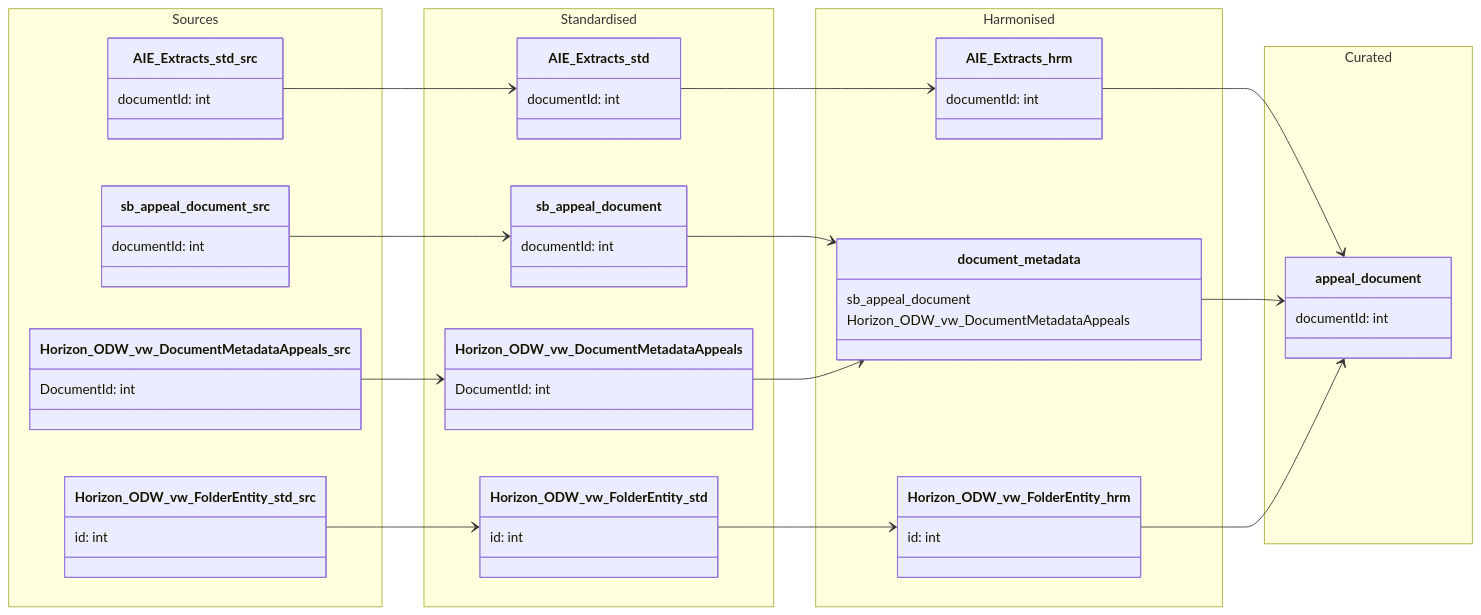
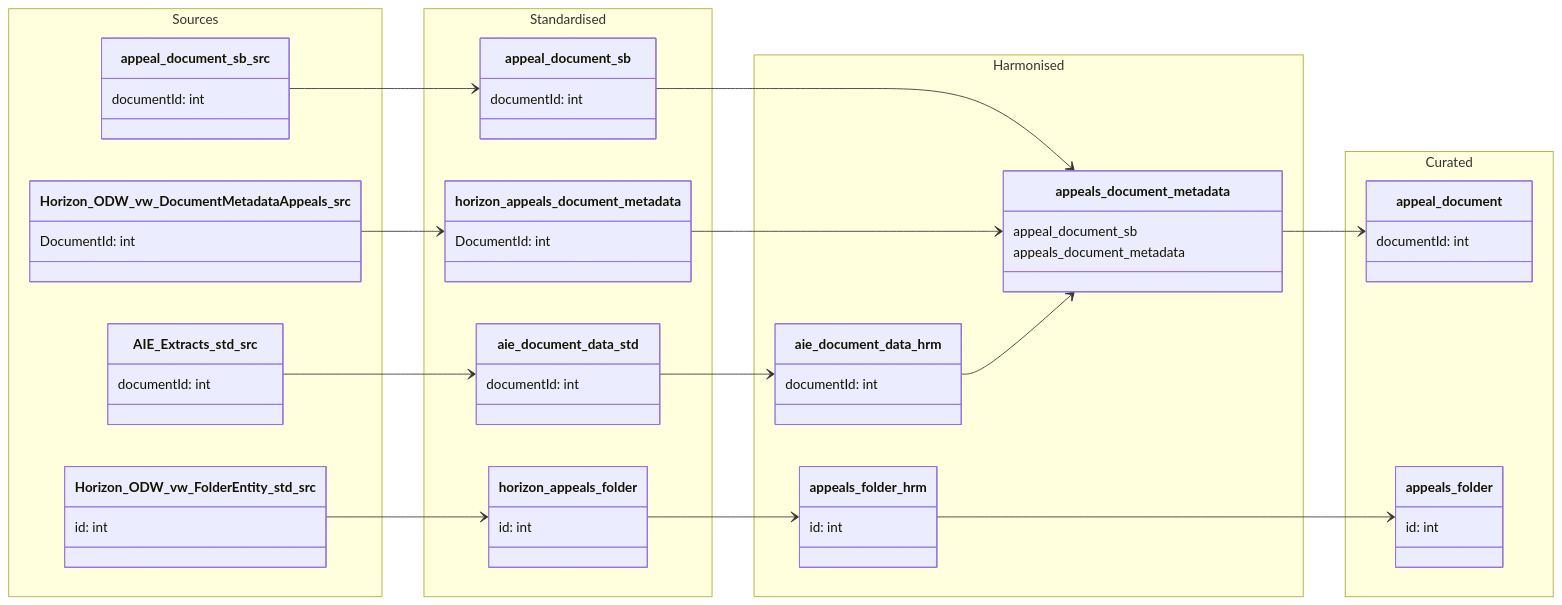
Before and after one commit to Planning-Inspectorate/odw-synapse-workspace: the diagram in data-models/appeal-document.md, drawn with Mermaid. The commit also changed 5 other files, not shown here.

````diff
--- a/data-models/appeal-document.md
+++ b/data-models/appeal-document.md
@@ -12,7 +12,7 @@
 
     namespace Sources {
 
-        class sb_appeal_document_src {
+        class appeal_document_sb_src {
             documentId: int
         }
 
@@ -27,40 +27,39 @@
         class Horizon_ODW_vw_FolderEntity_std_src {
             id: int
         }
-
     }
     
     namespace Standardised {
 
-        class sb_appeal_document {
+        class appeal_document_sb {
             documentId: int
         }
 
-        class Horizon_ODW_vw_DocumentMetadataAppeals {
+        class horizon_appeals_document_metadata {
             DocumentId: int
         }
 
-        class AIE_Extracts_std {
+        class aie_document_data_std {
             documentId: int
         }
 
-        class Horizon_ODW_vw_FolderEntity_std {
+        class horizon_appeals_folder {
             id: int
         }
     }
 
     namespace Harmonised {
 
-        class AIE_Extracts_hrm {
+        class aie_document_data_hrm {
             documentId: int
         }
 
-        class document_metadata {
-            sb_appeal_document
-            Horizon_ODW_vw_DocumentMetadataAppeals
+        class appeals_document_metadata {
+            appeal_document_sb
+            appeals_document_metadata
         }
 
-        class Horizon_ODW_vw_FolderEntity_hrm {
+        class appeals_folder_hrm {
             id: int
         }
     }
@@ -70,19 +69,24 @@
         class appeal_document {
             documentId: int
         }
+
+        class appeals_folder {
+            id: int
+        }
     }
 
-`sb_appeal_document_src` --> `sb_appeal_document`
-`Horizon_ODW_vw_DocumentMetadataAppeals_src` --> `Horizon_ODW_vw_DocumentMetadataAppeals`
-`AIE_Extracts_std_src` --> `AIE_Extracts_std`
-`Horizon_ODW_vw_FolderEntity_std_src` --> `Horizon_ODW_vw_FolderEntity_std`
-`sb_appeal_document` --> `document_metadata`
-`Horizon_ODW_vw_DocumentMetadataAppeals` --> `document_metadata`
-`AIE_Extracts_std` --> `AIE_Extracts_hrm`
-`Horizon_ODW_vw_FolderEntity_std` --> `Horizon_ODW_vw_FolderEntity_hrm`
-`AIE_Extracts_hrm` --> `appeal_document`
-`document_metadata` --> `appeal_document`
-`Horizon_ODW_vw_FolderEntity_hrm` --> `appeal_document`
+`appeal_document_sb_src` --> `appeal_document_sb`
+`Horizon_ODW_vw_DocumentMetadataAppeals_src` --> `horizon_appeals_document_metadata`
+`AIE_Extracts_std_src` --> `aie_document_data_std`
+`appeal_document_sb` --> `appeals_document_metadata`
+`horizon_appeals_document_metadata` --> `appeals_document_metadata`
+`aie_document_data_std` --> `aie_document_data_hrm`
+`aie_document_data_hrm` --> `appeals_document_metadata`
+`appeals_document_metadata` --> `appeal_document`
+
+`Horizon_ODW_vw_FolderEntity_std_src` --> `horizon_appeals_folder`
+`horizon_appeals_folder` --> `appeals_folder_hrm`
+`appeals_folder_hrm` --> `appeals_folder`
 
 
 ```
````
